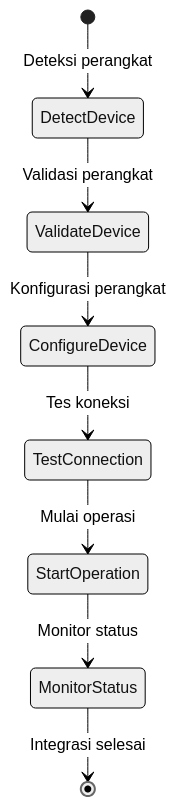
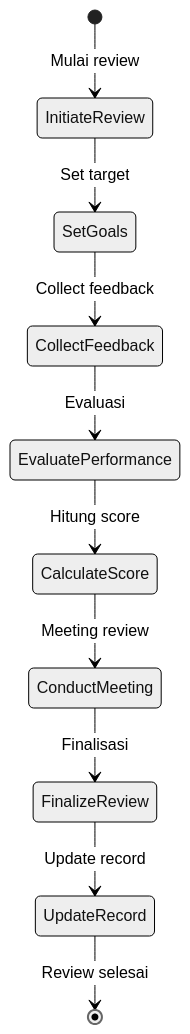
Diagram 13 of 15 in documents/activity-diagrams.md (mrfansi/DearPOS), drawn with Mermaid (neutral theme) before and after one commit. The commit also changed other lines of this file and 3 other files, not shown here.

````diff
--- a/documents/activity-diagrams.md
+++ b/documents/activity-diagrams.md
@@ -236,10 +211,12 @@
 ```mermaid
 stateDiagram-v2
-    [*] --> DetectDevice: Deteksi perangkat
-    DetectDevice --> ValidateDevice: Validasi perangkat
-    ValidateDevice --> ConfigureDevice: Konfigurasi perangkat
-    ConfigureDevice --> TestConnection: Tes koneksi
-    TestConnection --> StartOperation: Mulai operasi
-    StartOperation --> MonitorStatus: Monitor status
-    MonitorStatus --> [*]: Integrasi selesai
+    [*] --> InitiateReview: Mulai review
+    InitiateReview --> SetGoals: Set target
+    SetGoals --> CollectFeedback: Collect feedback
+    CollectFeedback --> EvaluatePerformance: Evaluasi
+    EvaluatePerformance --> CalculateScore: Hitung score
+    CalculateScore --> ConductMeeting: Meeting review
+    ConductMeeting --> FinalizeReview: Finalisasi
+    FinalizeReview --> UpdateRecord: Update record
+    UpdateRecord --> [*]: Review selesai
 ```
````
